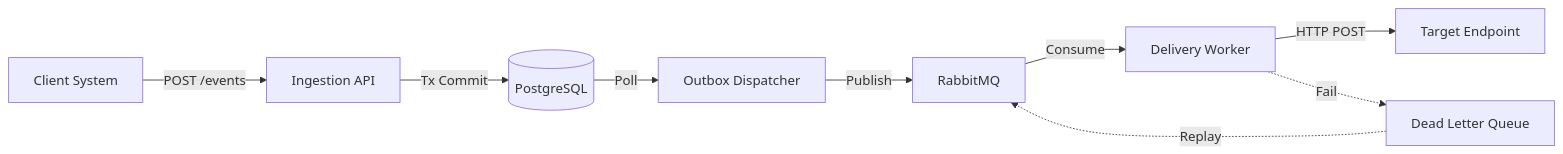
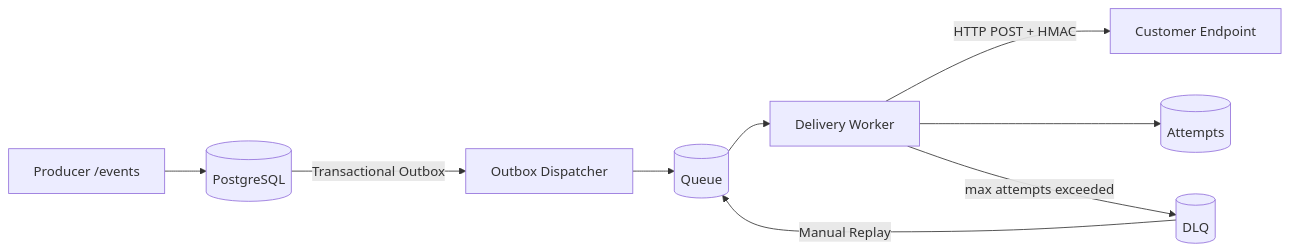
Before and after one commit to FilipiWanderley/-Plataforma-de-entrega-de-webhooks: the diagram in README.md, drawn with Mermaid. The commit also changed other lines of this file, not shown here.

Commit message:
docs: update README with project details and architecture

````diff
--- a/README.md
+++ b/README.md
@@ -28,11 +62,11 @@
 ```mermaid
-graph LR
-    Client[Client System] -->|POST /events| API[Ingestion API]
-    API -->|Tx Commit| DB[(PostgreSQL)]
-    DB -->|Poll| Dispatcher[Outbox Dispatcher]
-    Dispatcher -->|Publish| RMQ[RabbitMQ]
-    RMQ -->|Consume| Worker[Delivery Worker]
-    Worker -->|HTTP POST| Endpoint[Target Endpoint]
-    Worker -.->|Fail| DLQ[Dead Letter Queue]
-    DLQ -.->|Replay| RMQ
+flowchart LR
+  P[Producer /events] --> DB[(PostgreSQL)]
+  DB -->|Transactional Outbox| D[Outbox Dispatcher]
+  D --> Q[(Queue)]
+  Q --> W[Delivery Worker]
+  W -->|HTTP POST + HMAC| C[Customer Endpoint]
+  W --> A[(Attempts)]
+  W -->|max attempts exceeded| L[(DLQ)]
+  L -->|Manual Replay| Q
 ```
````
